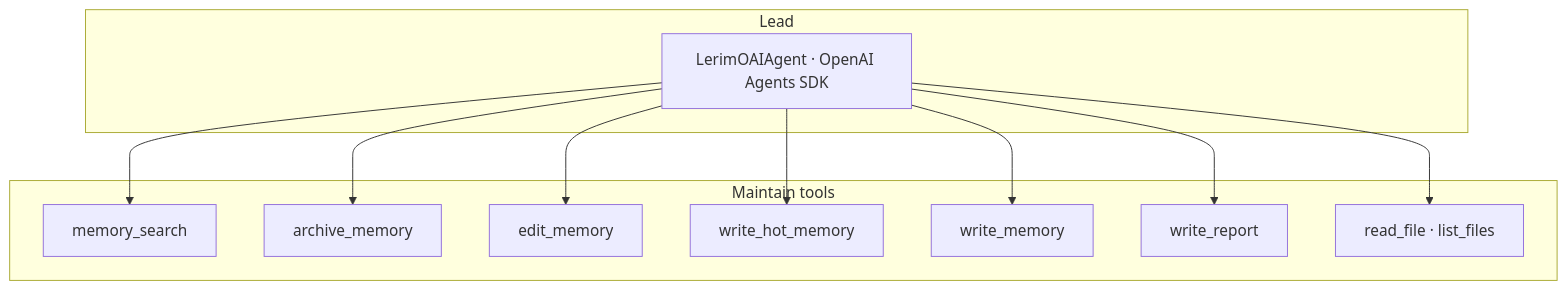
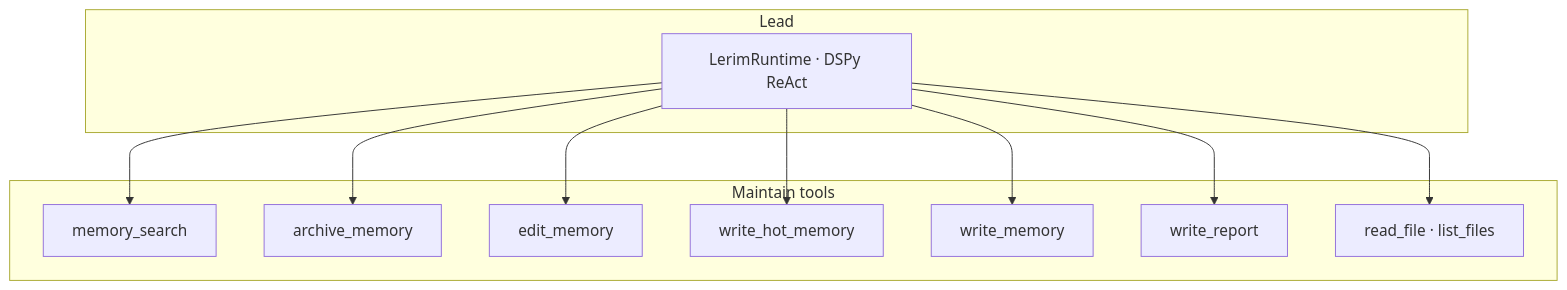
One commit to lerim-dev/lerim-cli changed the second of 2 diagrams in README.md. Above: the diagram before and after it, drawn with Mermaid. The commit also changed other lines of this file and 8 other files, not shown here.

First line of the commit message:
docs: update CLI docs and changelog for DSPy runtime migration

````diff
--- a/README.md
+++ b/README.md
@@ -101,22 +101,22 @@
 ```mermaid
 flowchart TB
     subgraph lead_m["Lead"]
-        OAI_m[LerimOAIAgent · OpenAI Agents SDK]
+        RT_m[LerimRuntime · DSPy ReAct]
     end
     subgraph maintainTools["Maintain tools"]
         ms[memory_search]
         ar[archive_memory]
         em[edit_memory]
         wh[write_hot_memory]
         wm2[write_memory]
         wr2[write_report]
         rf2["read_file · list_files"]
     end
-    OAI_m --> ms
-    OAI_m --> ar
-    OAI_m --> em
-    OAI_m --> wh
-    OAI_m --> wm2
-    OAI_m --> wr2
-    OAI_m --> rf2
+    RT_m --> ms
+    RT_m --> ar
+    RT_m --> em
+    RT_m --> wh
+    RT_m --> wm2
+    RT_m --> wr2
+    RT_m --> rf2
 ```
````
